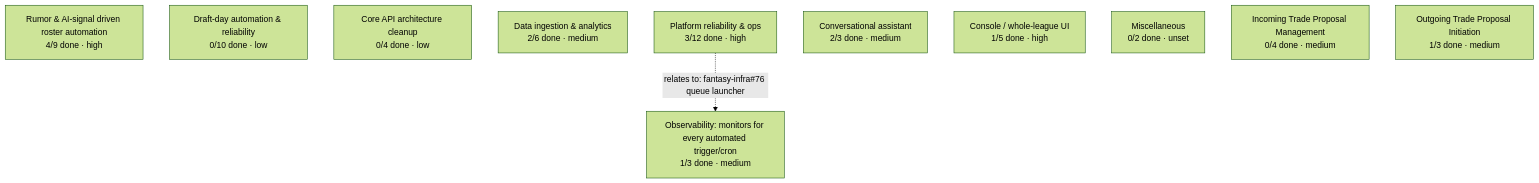
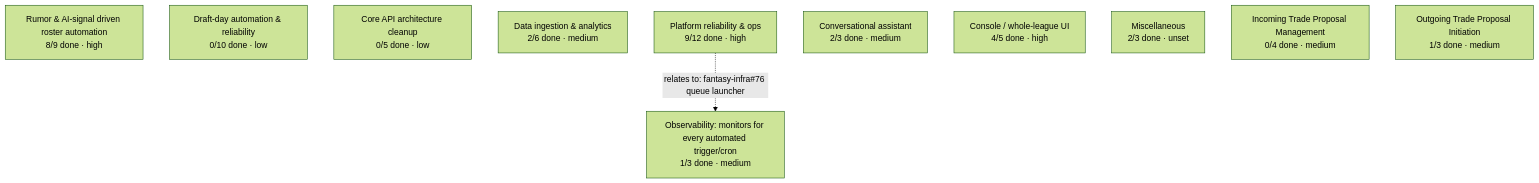
The diagram in docs/project-map.md (cvillarr23/fantasy-project), drawn with Mermaid (forest theme) before and after one commit. The commit also changed other lines of this file, not shown here.

Commit message:
Regenerate project-map.md

````diff
--- a/docs/project-map.md
+++ b/docs/project-map.md
@@ -6,15 +6,15 @@
 ```mermaid
 flowchart TD
-    E3["Rumor & AI-signal driven roster automation<br/>4/9 done &middot; high"]
+    E3["Rumor & AI-signal driven roster automation<br/>8/9 done &middot; high"]
     E4["Draft-day automation & reliability<br/>0/10 done &middot; low"]
-    E5["Core API architecture cleanup<br/>0/4 done &middot; low"]
+    E5["Core API architecture cleanup<br/>0/5 done &middot; low"]
     E6["Data ingestion & analytics<br/>2/6 done &middot; medium"]
-    E7["Platform reliability & ops<br/>3/12 done &middot; high"]
+    E7["Platform reliability & ops<br/>9/12 done &middot; high"]
     E8["Conversational assistant<br/>2/3 done &middot; medium"]
-    E9["Console / whole-league UI<br/>1/5 done &middot; high"]
-    E10["Miscellaneous<br/>0/2 done &middot; unset"]
+    E9["Console / whole-league UI<br/>4/5 done &middot; high"]
+    E10["Miscellaneous<br/>2/3 done &middot; unset"]
     E11["Observability: monitors for every automated trigger/cron<br/>1/3 done &middot; medium"]
     E12["Incoming Trade Proposal Management<br/>0/4 done &middot; medium"]
     E13["Outgoing Trade Proposal Initiation<br/>1/3 done &middot; medium"]
     E7 -.->|relates to: fantasy-infra#76 queue launcher| E11
 ```
````
